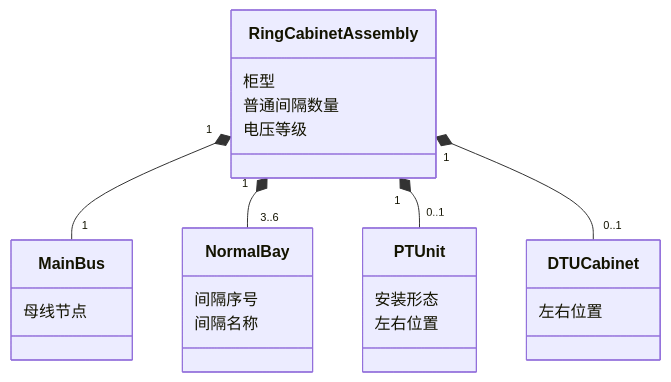
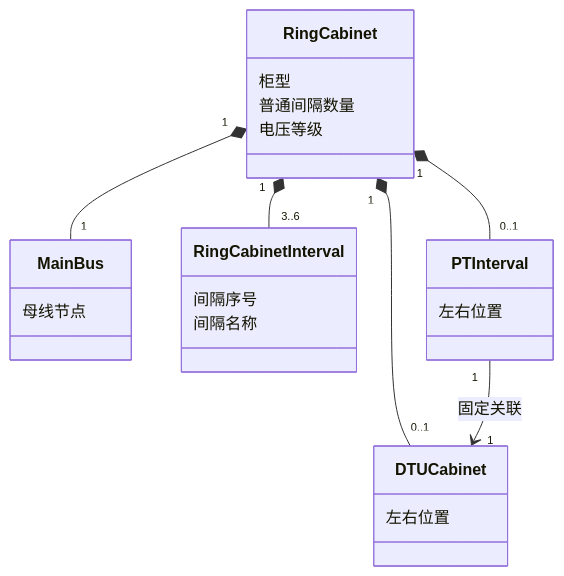
Before and after one commit to DamoclesJ/10kV-Distribution-Drawing: the first of 3 diagrams in docs/ring-cabinet-design.md, drawn with Mermaid. The commit also changed other lines of this file and 5 other files, not shown here.

````diff
--- a/docs/ring-cabinet-design.md
+++ b/docs/ring-cabinet-design.md
@@ -71,27 +72,27 @@
 ```mermaid
 classDiagram
-    class RingCabinetAssembly {
+    class RingCabinet {
         柜型
         普通间隔数量
         电压等级
     }
     class MainBus {
         母线节点
     }
-    class NormalBay {
+    class RingCabinetInterval {
         间隔序号
         间隔名称
     }
-    class PTUnit {
-        安装形态
+    class PTInterval {
         左右位置
     }
     class DTUCabinet {
         左右位置
     }
 
-    RingCabinetAssembly "1" *-- "1" MainBus
-    RingCabinetAssembly "1" *-- "3..6" NormalBay
-    RingCabinetAssembly "1" *-- "0..1" PTUnit
-    RingCabinetAssembly "1" *-- "0..1" DTUCabinet
+    RingCabinet "1" *-- "1" MainBus
+    RingCabinet "1" *-- "3..6" RingCabinetInterval
+    RingCabinet "1" *-- "0..1" PTInterval
+    RingCabinet "1" *-- "0..1" DTUCabinet
+    PTInterval "1" --> "1" DTUCabinet : 固定关联
 ```
````
